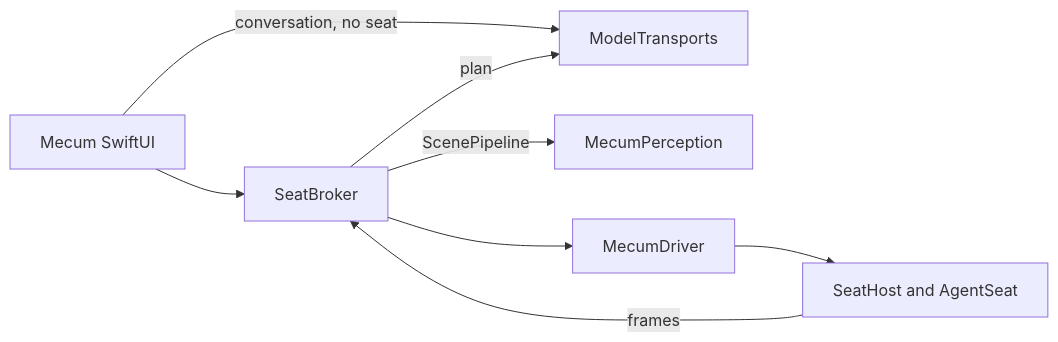
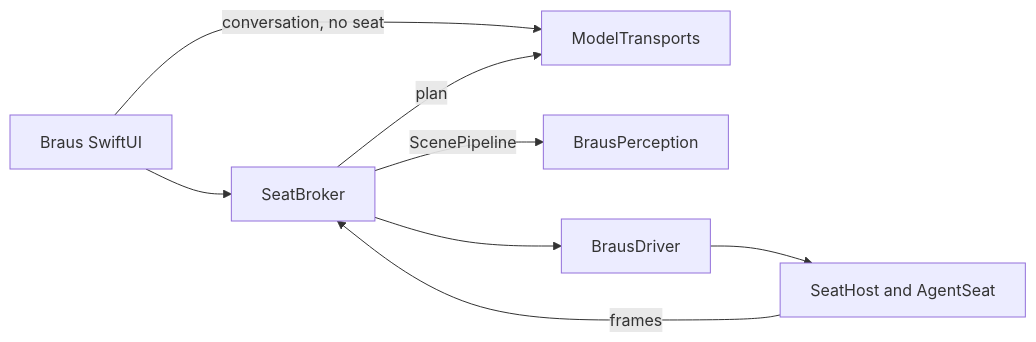
Before and after one commit to ForteAI-Org/braus: the diagram in Documentation/SeatBroker/CONTEXT.md, drawn with Mermaid. The commit also changed other lines of this file and 1313 other files, not shown here.

First line of the commit message:
Rename Mecum to Braus

````diff
--- a/Documentation/SeatBroker/CONTEXT.md
+++ b/Documentation/SeatBroker/CONTEXT.md
@@ -79,10 +79,10 @@
 ```mermaid
 flowchart LR
-    Lab[Mecum SwiftUI] --> Broker[SeatBroker]
+    Lab[Braus SwiftUI] --> Broker[SeatBroker]
     Lab -->|conversation, no seat| Transports[ModelTransports]
-    Broker -->|ScenePipeline| Perception[MecumPerception]
-    Broker --> Driver[MecumDriver]
+    Broker -->|ScenePipeline| Perception[BrausPerception]
+    Broker --> Driver[BrausDriver]
     Broker -->|plan| Transports
     Driver --> Seat[SeatHost and AgentSeat]
     Seat -->|frames| Broker
 ```
````
